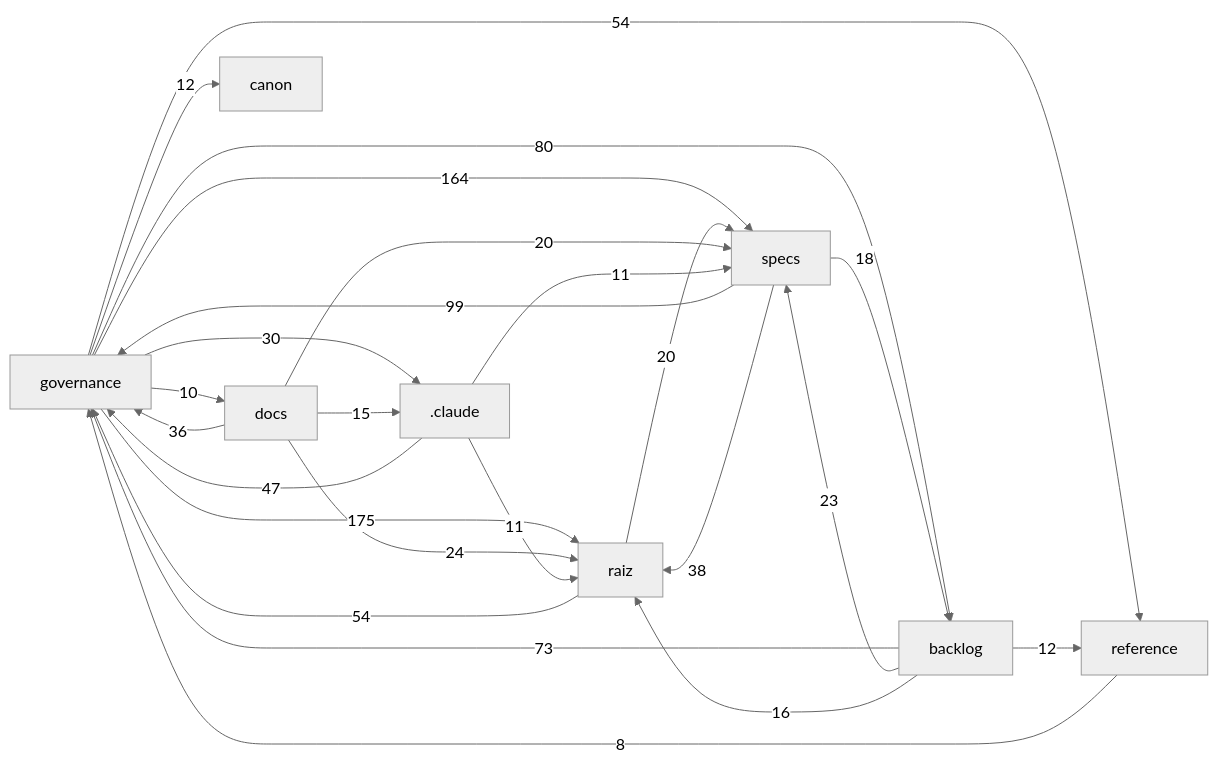
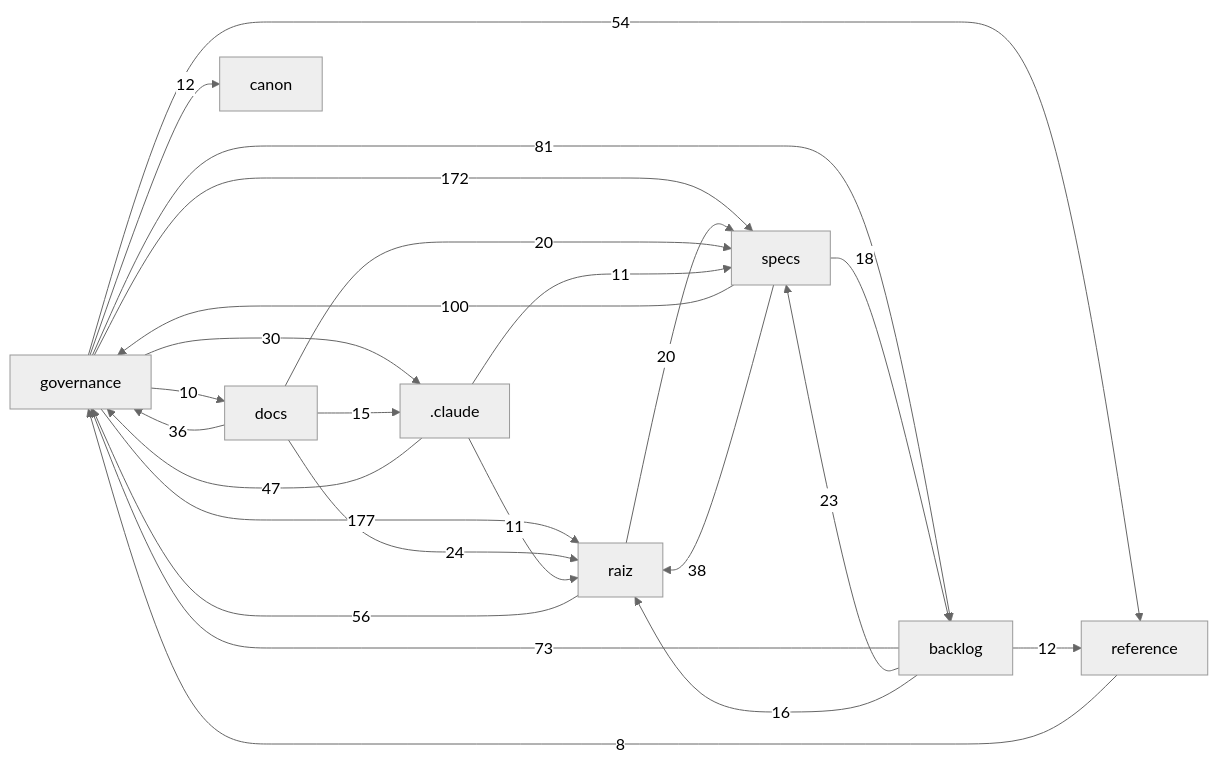
The diagram in docs/mapa/MAPA-PROJETO.md (Andraus35/Sistema-Operacional-de-Trading--SOT), drawn with Mermaid (neutral theme) before and after one commit. The commit also changed other lines of this file and 4 other files, not shown here.

````diff
--- a/docs/mapa/MAPA-PROJETO.md
+++ b/docs/mapa/MAPA-PROJETO.md
@@ -29,27 +29,27 @@
 ```mermaid
 flowchart LR
-  governance["governance"] -->|175| raiz["raiz"]
-  governance["governance"] -->|164| specs["specs"]
-  specs["specs"] -->|99| governance["governance"]
-  governance["governance"] -->|80| backlog["backlog"]
+  governance["governance"] -->|177| raiz["raiz"]
+  governance["governance"] -->|172| specs["specs"]
+  specs["specs"] -->|100| governance["governance"]
+  governance["governance"] -->|81| backlog["backlog"]
   backlog["backlog"] -->|73| governance["governance"]
-  raiz["raiz"] -->|54| governance["governance"]
+  raiz["raiz"] -->|56| governance["governance"]
   governance["governance"] -->|54| reference["reference"]
   _claude[".claude"] -->|47| governance["governance"]
   specs["specs"] -->|38| raiz["raiz"]
   docs["docs"] -->|36| governance["governance"]
   governance["governance"] -->|30| _claude[".claude"]
   docs["docs"] -->|24| raiz["raiz"]
   backlog["backlog"] -->|23| specs["specs"]
   raiz["raiz"] -->|20| specs["specs"]
   docs["docs"] -->|20| specs["specs"]
   specs["specs"] -->|18| backlog["backlog"]
   backlog["backlog"] -->|16| raiz["raiz"]
   docs["docs"] -->|15| _claude[".claude"]
   backlog["backlog"] -->|12| reference["reference"]
   governance["governance"] -->|12| canon["canon"]
   _claude[".claude"] -->|11| raiz["raiz"]
   _claude[".claude"] -->|11| specs["specs"]
   governance["governance"] -->|10| docs["docs"]
   reference["reference"] -->|8| governance["governance"]
 ```
````
